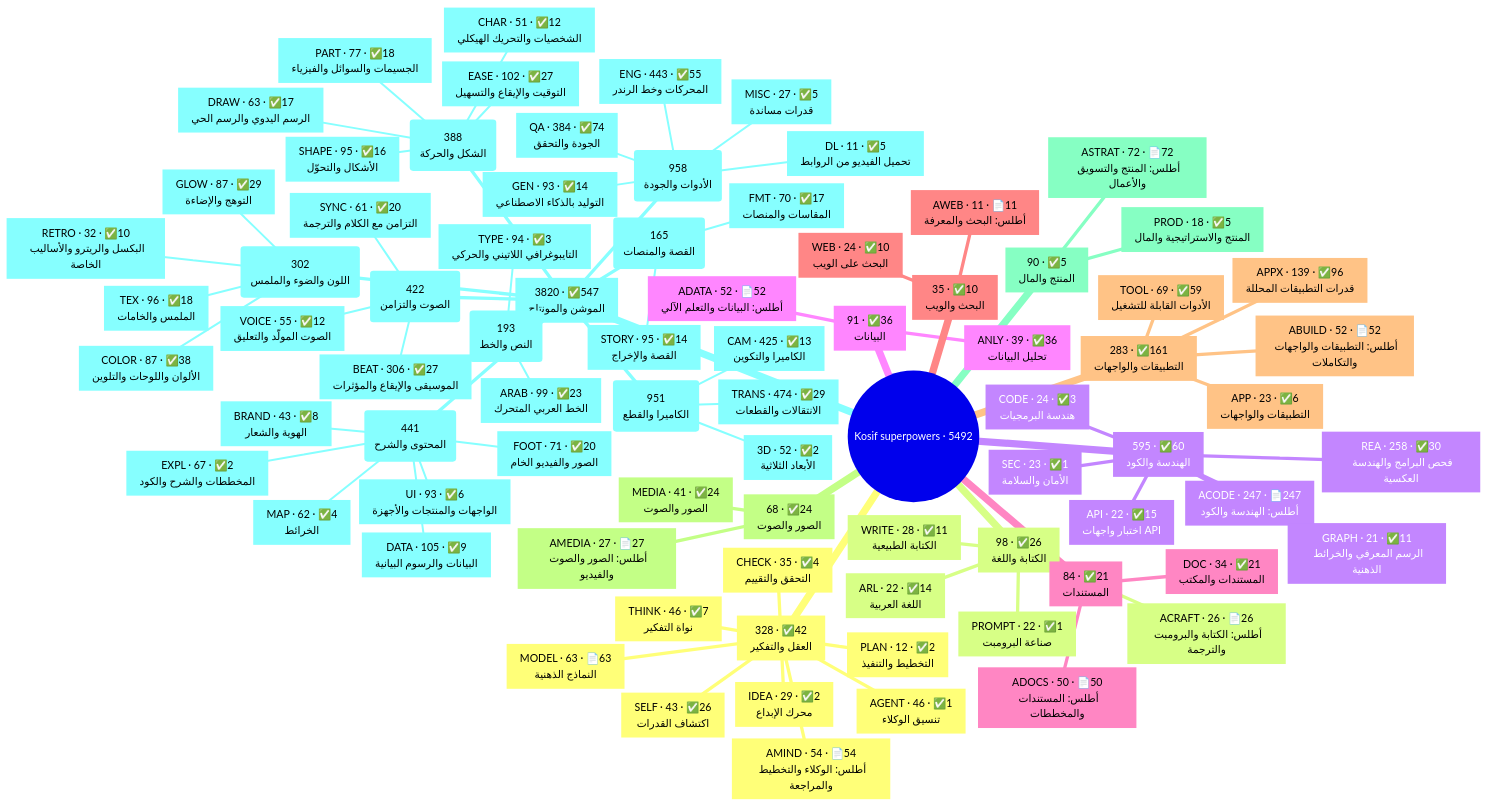
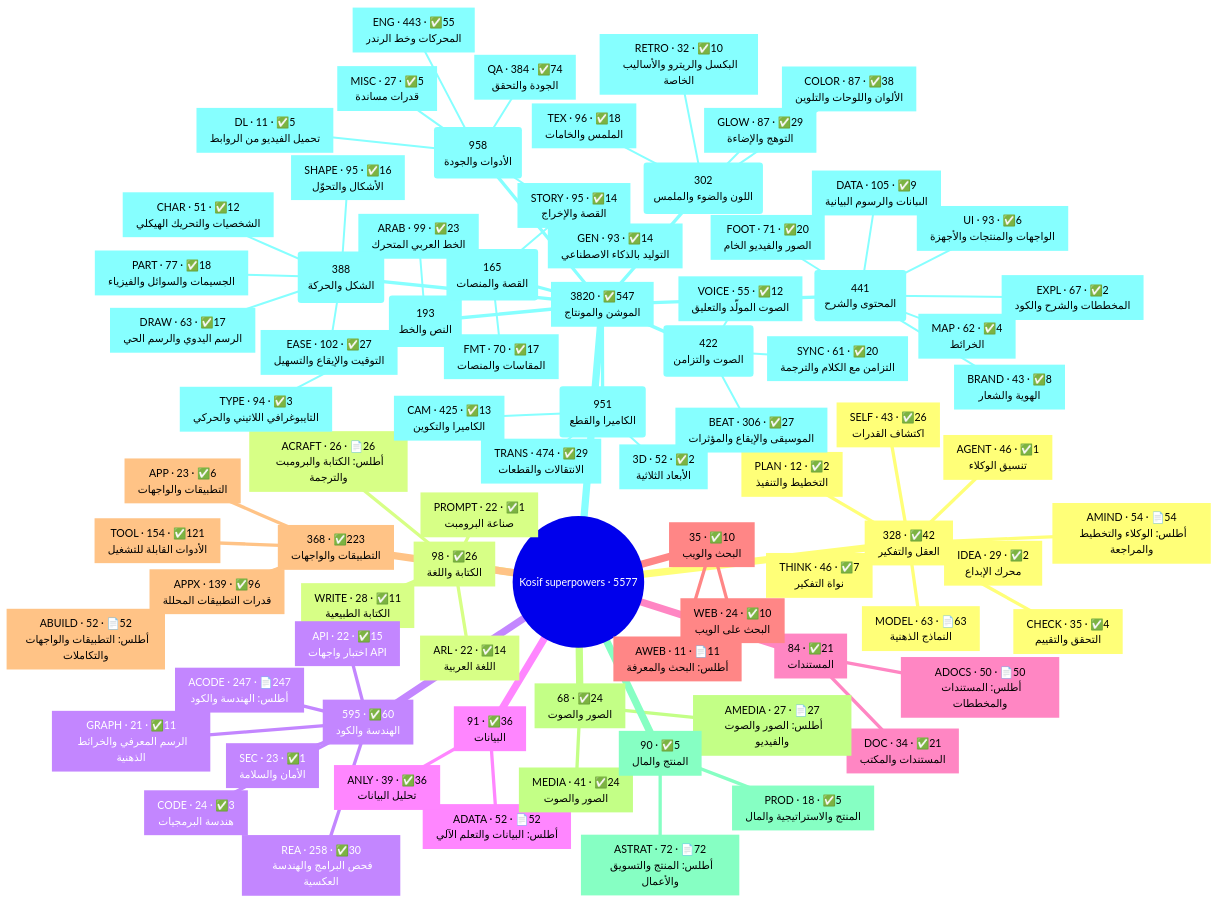
One commit to kosif199022-jpg/kosif-tool changed the first of 2 diagrams in .claude/skills/kosif-superpowers/references/capability-map.md. Above: the diagram before and after it, drawn with Mermaid. The commit also changed other lines of this file and 146 other files, not shown here.

````diff
--- a/.claude/skills/kosif-superpowers/references/capability-map.md
+++ b/.claude/skills/kosif-superpowers/references/capability-map.md
@@ -18,6 +18,6 @@
 ```mermaid
 mindmap
-  root((Kosif superpowers · 5492))
+  root((Kosif superpowers · 5577))
     n1["`328 · ✅42
 العقل والتفكير`"]
       n2["`MODEL · 63 · 📄63
@@ -78,12 +78,12 @@
 البحث على الويب`"]
       n30["`AWEB · 11 · 📄11
 أطلس: البحث والمعرفة`"]
-    n31["`283 · ✅161
+    n31["`368 · ✅223
 التطبيقات والواجهات`"]
-      n32["`APPX · 139 · ✅96
+      n32["`TOOL · 154 · ✅121
+الأدوات القابلة للتشغيل`"]
+      n33["`APPX · 139 · ✅96
 قدرات التطبيقات المحللة`"]
-      n33["`TOOL · 69 · ✅59
-الأدوات القابلة للتشغيل`"]
       n34["`ABUILD · 52 · 📄52
 أطلس: التطبيقات والواجهات والتكاملات`"]
       n35["`APP · 23 · ✅6
````
